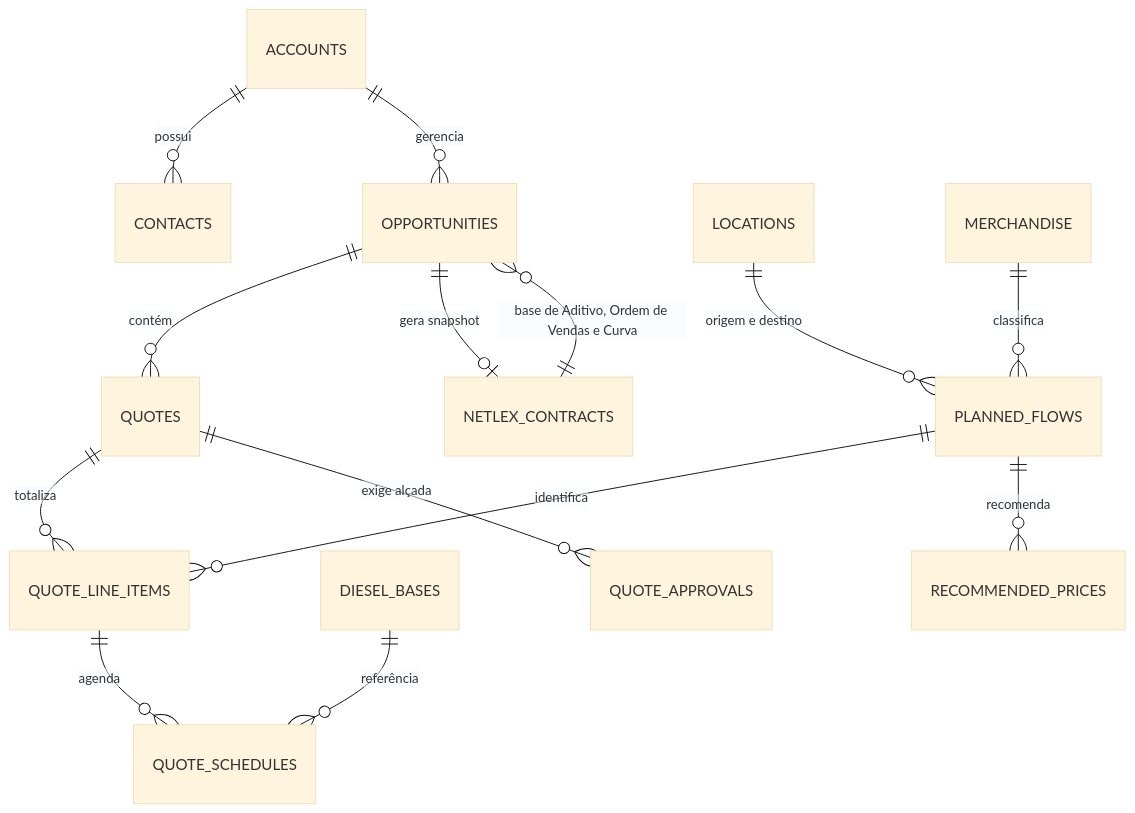
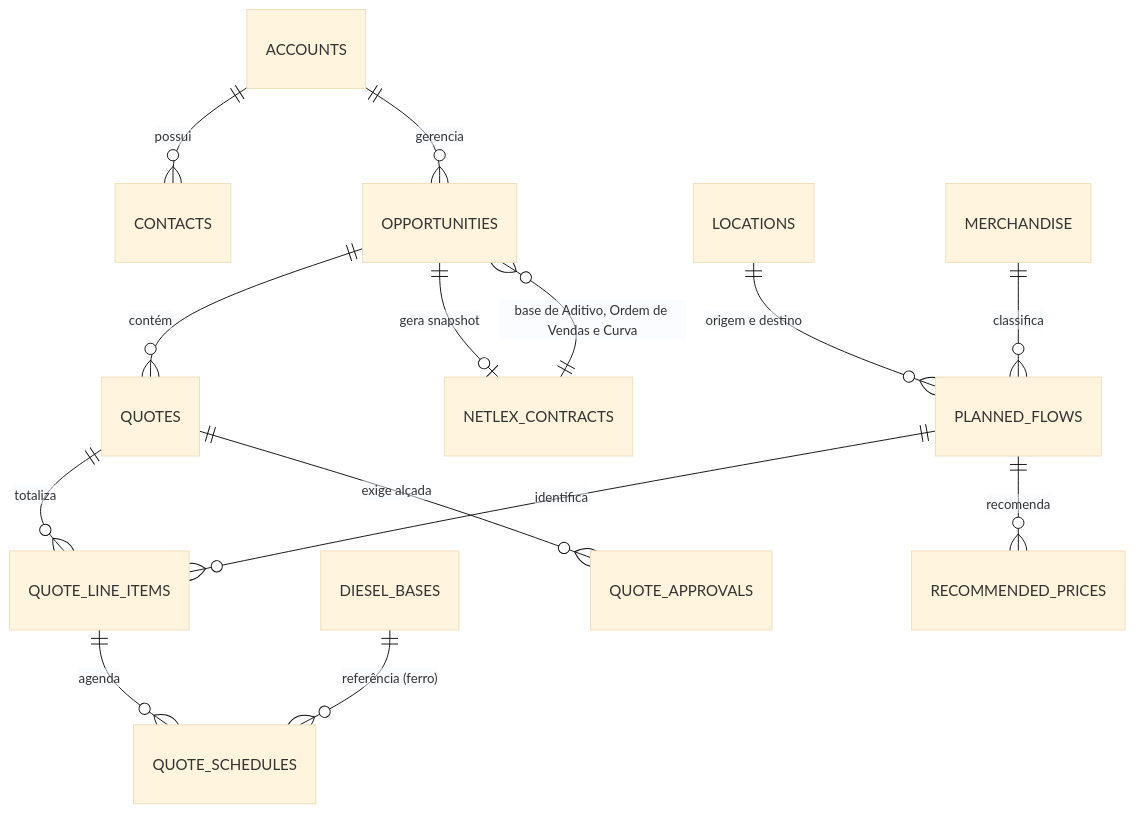
The diagram in README.md (kiltonfernandes/vli-sf-playground), drawn with Mermaid (base theme) before and after one commit. The commit also changed other lines of this file and 16 other files, not shown here.

````diff
--- a/README.md
+++ b/README.md
@@ -268,16 +280,16 @@
 ```mermaid
 erDiagram
     ACCOUNTS ||--o{ CONTACTS : "possui"
     ACCOUNTS ||--o{ OPPORTUNITIES : "gerencia"
     OPPORTUNITIES ||--o{ QUOTES : "contém"
     QUOTES ||--o{ QUOTE_LINE_ITEMS : "totaliza"
     PLANNED_FLOWS ||--o{ QUOTE_LINE_ITEMS : "identifica"
     QUOTE_LINE_ITEMS ||--o{ QUOTE_SCHEDULES : "agenda"
     OPPORTUNITIES ||--o| NETLEX_CONTRACTS : "gera snapshot"
     LOCATIONS ||--o{ PLANNED_FLOWS : "origem e destino"
     MERCHANDISE ||--o{ PLANNED_FLOWS : "classifica"
-    DIESEL_BASES ||--o{ QUOTE_SCHEDULES : "referência"
+    DIESEL_BASES ||--o{ QUOTE_SCHEDULES : "referência (ferro)"
     PLANNED_FLOWS ||--o{ RECOMMENDED_PRICES : "recomenda"
     QUOTES ||--o{ QUOTE_APPROVALS : "exige alçada"
     NETLEX_CONTRACTS ||--o{ OPPORTUNITIES : "base de Aditivo, Ordem de Vendas e Curva"
 ```
````
